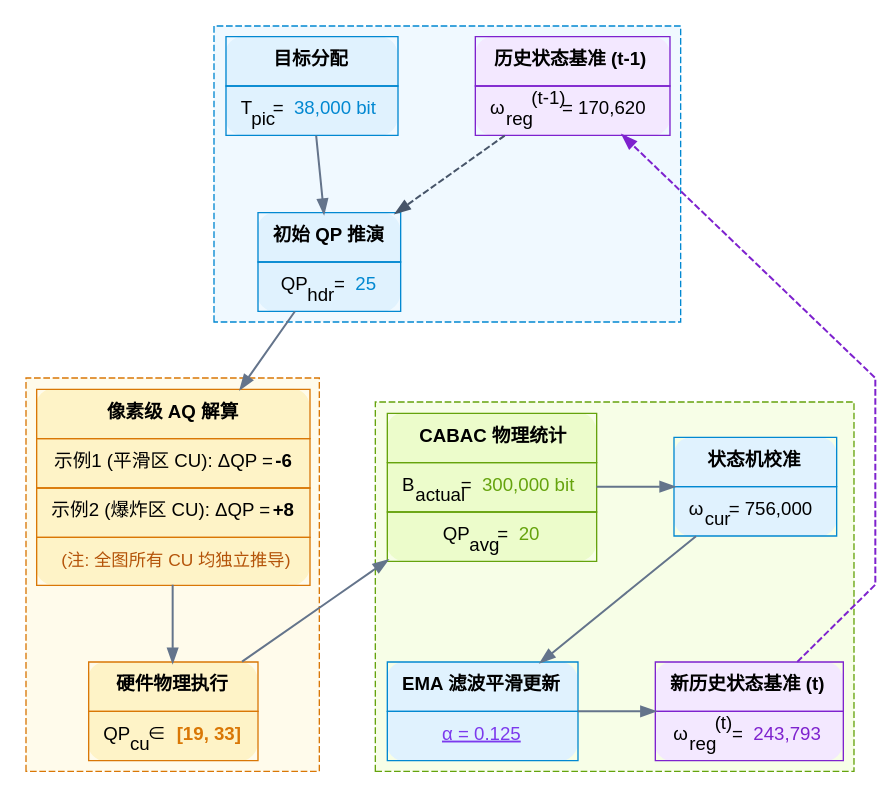
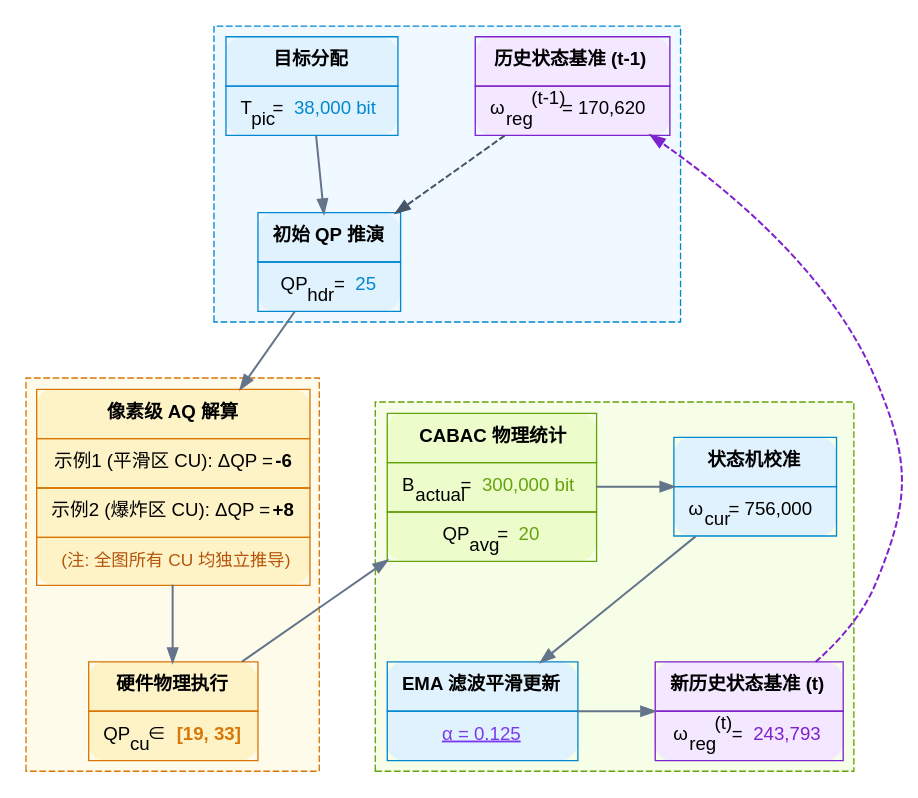
Before and after one commit to edgerzou-stack/rdo-architecture: the diagram in graph.dot, drawn with Graphviz. The commit also changed 2 other files, not shown here.

Commit message:
style(ui): revert graphviz splines from polyline to curved splines for better visual aesthetics

```diff
--- a/graph.dot
+++ b/graph.dot
@@ -1,104 +1,104 @@
 digraph G {
     fontname="sans-serif";
     node [fontname="sans-serif", shape=none, margin=0];
     edge [fontname="sans-serif", color="#64748b", penwidth=1.5];
     rankdir=TB;
-    splines=polyline;
+    splines=spline;
     nodesep=0.8;
     ranksep=0.8;
 
     subgraph cluster_sw {
         style=dashed; color="#0288d1"; bgcolor="#f0f9ff";
 
         State1 [URL="#section-6", target="_parent", label=<
             <TABLE BORDER="0" CELLBORDER="1" CELLSPACING="0" CELLPADDING="10" COLOR="#7e22ce" BGCOLOR="#f3e8ff" STYLE="ROUNDED">
                 <TR><TD><B>历史状态基准 (t-1)</B></TD></TR>
                 <TR><TD>ω<SUB>reg</SUB><SUP>(t-1)</SUP> = 170,620</TD></TR>
             </TABLE>
         >];
         
         S1 [URL="#section-2", target="_parent", label=<
             <TABLE BORDER="0" CELLBORDER="1" CELLSPACING="0" CELLPADDING="10" COLOR="#0288d1" BGCOLOR="#e0f2fe" STYLE="ROUNDED">
                 <TR><TD><B>目标分配</B></TD></TR>
                 <TR><TD>T<SUB>pic</SUB> = <FONT COLOR="#0288d1">38,000 bit</FONT></TD></TR>
             </TABLE>
         >];
         
         S2 [URL="#section-5", target="_parent", label=<
             <TABLE BORDER="0" CELLBORDER="1" CELLSPACING="0" CELLPADDING="10" COLOR="#0288d1" BGCOLOR="#e0f2fe" STYLE="ROUNDED">
                 <TR><TD><B>初始 QP 推演</B></TD></TR>
                 <TR><TD>QP<SUB>hdr</SUB> = <FONT COLOR="#0288d1">25</FONT></TD></TR>
             </TABLE>
         >];
 
         { rank=same; State1; S1; }
         S1 -> S2;
         State1 -> S2 [style=dashed, color="#475569"];
     }
 
     subgraph cluster_hw {
         style=dashed; color="#d97706"; bgcolor="#fffbeb";
 
         S3 [URL="#section-7", target="_parent", label=<
             <TABLE BORDER="0" CELLBORDER="1" CELLSPACING="0" CELLPADDING="10" COLOR="#d97706" BGCOLOR="#fef3c7" STYLE="ROUNDED">
                 <TR><TD><B>像素级 AQ 解算</B></TD></TR>
                 <TR><TD>示例1 (平滑区 CU): ΔQP = <B>-6</B></TD></TR>
                 <TR><TD>示例2 (爆炸区 CU): ΔQP = <B>+8</B></TD></TR>
                 <TR><TD><FONT COLOR="#b45309" POINT-SIZE="13">(注: 全图所有 CU 均独立推导)</FONT></TD></TR>
             </TABLE>
         >];
         
         S4 [URL="#section-hw-rdo", target="_parent", label=<
             <TABLE BORDER="0" CELLBORDER="1" CELLSPACING="0" CELLPADDING="10" COLOR="#d97706" BGCOLOR="#fef3c7" STYLE="ROUNDED">
                 <TR><TD><B>硬件物理执行</B></TD></TR>
                 <TR><TD>QP<SUB>cu</SUB> ∈ <FONT COLOR="#d97706"><B>[19, 33]</B></FONT></TD></TR>
             </TABLE>
         >];
 
         S3 -> S4;
     }
 
     subgraph cluster_fb {
         style=dashed; color="#65a30d"; bgcolor="#f7fee7";
 
         OutCABAC [URL="#section-hw-rdo", target="_parent", label=<
             <TABLE BORDER="0" CELLBORDER="1" CELLSPACING="0" CELLPADDING="10" COLOR="#65a30d" BGCOLOR="#ecfccb" STYLE="ROUNDED">
                 <TR><TD><B>CABAC 物理统计</B></TD></TR>
                 <TR><TD>B<SUB>actual</SUB> = <FONT COLOR="#65a30d">300,000 bit</FONT></TD></TR>
                 <TR><TD>QP<SUB>avg</SUB> = <FONT COLOR="#65a30d">20</FONT></TD></TR>
             </TABLE>
         >];
         
         S5 [URL="#section-9", target="_parent", label=<
             <TABLE BORDER="0" CELLBORDER="1" CELLSPACING="0" CELLPADDING="10" COLOR="#0288d1" BGCOLOR="#e0f2fe" STYLE="ROUNDED">
                 <TR><TD><B>状态机校准</B></TD></TR>
                 <TR><TD>ω<SUB>cur</SUB> = 756,000</TD></TR>
             </TABLE>
         >];
         
         EMA [URL="#param-alpha", target="_parent", label=<
             <TABLE BORDER="0" CELLBORDER="1" CELLSPACING="0" CELLPADDING="10" COLOR="#0288d1" BGCOLOR="#e0f2fe" STYLE="ROUNDED">
                 <TR><TD><B>EMA 滤波平滑更新</B></TD></TR>
                 <TR><TD><FONT COLOR="#7c3aed"><U>α = 0.125</U></FONT></TD></TR>
             </TABLE>
         >];
         
         State2 [URL="#section-10", target="_parent", label=<
             <TABLE BORDER="0" CELLBORDER="1" CELLSPACING="0" CELLPADDING="10" COLOR="#7e22ce" BGCOLOR="#f3e8ff" STYLE="ROUNDED">
                 <TR><TD><B>新历史状态基准 (t)</B></TD></TR>
                 <TR><TD>ω<SUB>reg</SUB><SUP>(t)</SUP> = <FONT COLOR="#7e22ce">243,793</FONT></TD></TR>
             </TABLE>
         >];
 
         { rank=same; OutCABAC; S5; }
         { rank=same; EMA; State2; }
         OutCABAC -> S5;
         S5 -> EMA;
         EMA -> State2;
     }
 
     S2 -> S3;
     S2 -> OutCABAC [style=invis];
     S4 -> OutCABAC [constraint=false];
     State2 -> State1 [style=dashed, color="#7e22ce", constraint=false];
 }
```
